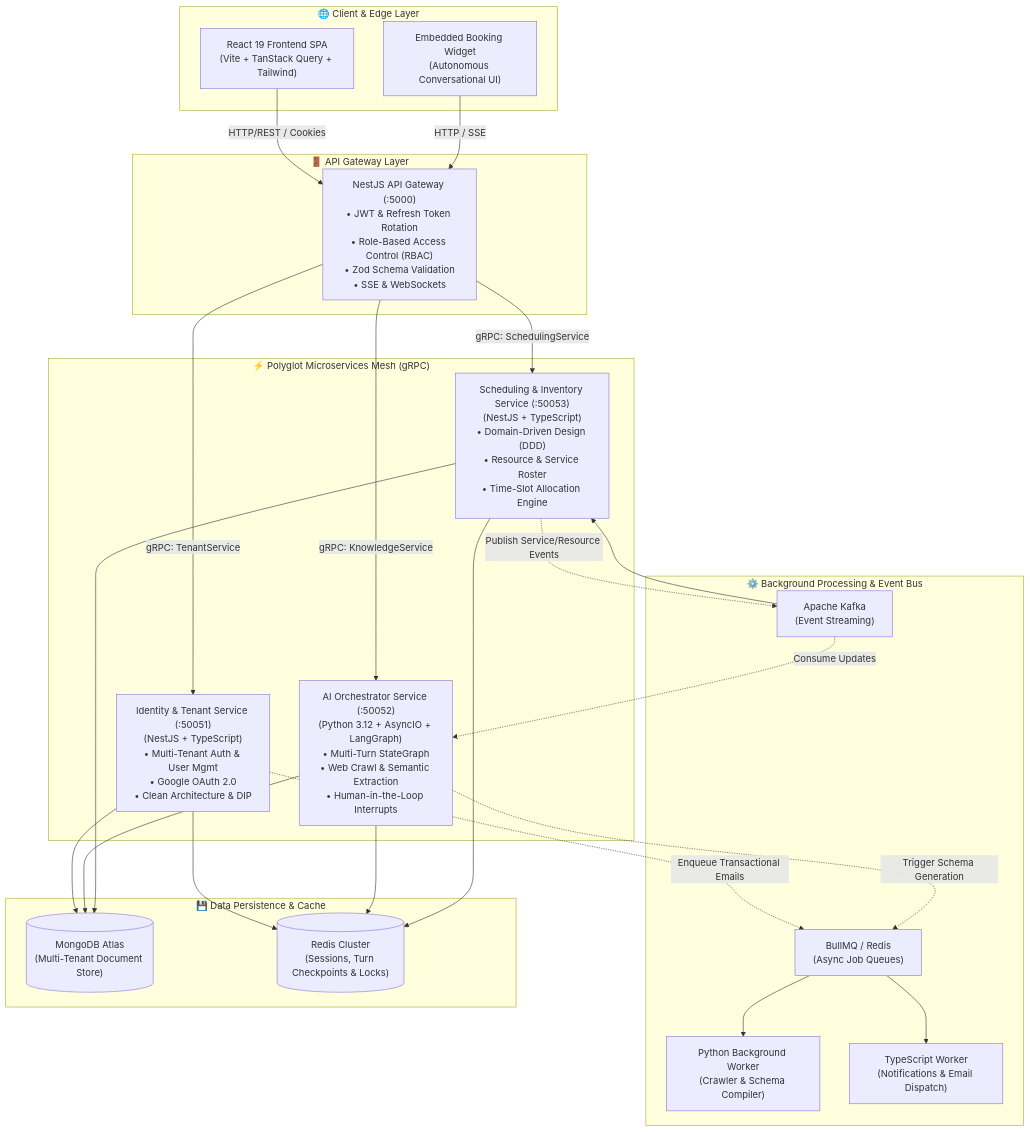
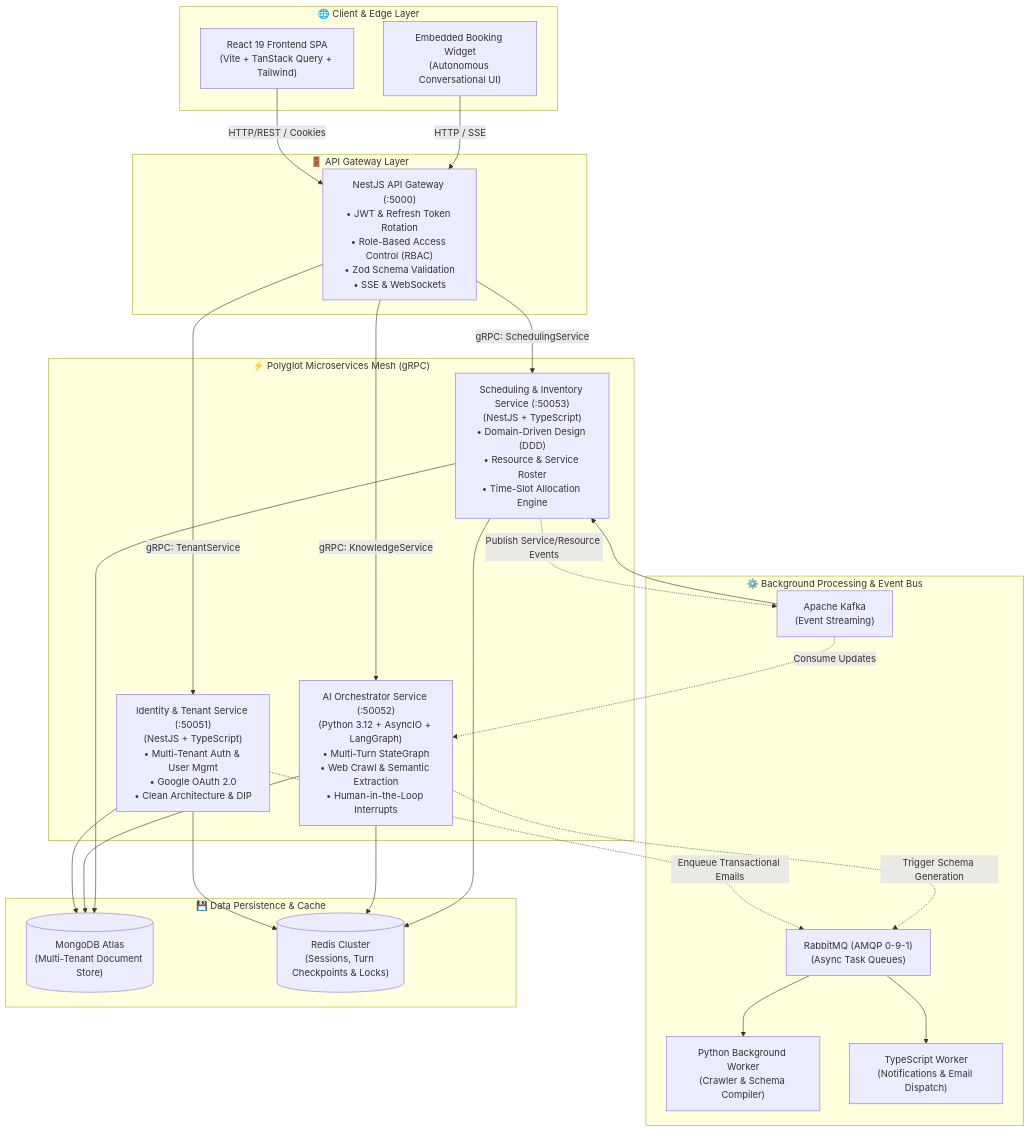
One commit to cjmatrix/Schedulux changed the first of 2 diagrams in README.md. Above: the diagram before and after it, drawn with Mermaid. The commit also changed other lines of this file and 277 other files, not shown here.

````diff
--- a/README.md
+++ b/README.md
@@ -55,59 +55,59 @@
 ```mermaid
 flowchart TB
     subgraph ClientLayer["🌐 Client & Edge Layer"]
         WebClient["React 19 Frontend SPA\n(Vite + TanStack Query + Tailwind)"]
         PublicWidget["Embedded Booking Widget\n(Autonomous Conversational UI)"]
     end
 
     subgraph GatewayLayer["🚪 API Gateway Layer"]
         APIGateway["NestJS API Gateway (:5000)\n• JWT & Refresh Token Rotation\n• Role-Based Access Control (RBAC)\n• Zod Schema Validation\n• SSE & WebSockets"]
     end
 
     subgraph ServiceMesh["⚡ Polyglot Microservices Mesh (gRPC)"]
         IdentityService["Identity & Tenant Service (:50051)\n(NestJS + TypeScript)\n• Multi-Tenant Auth & User Mgmt\n• Google OAuth 2.0\n• Clean Architecture & DIP"]
         
         AIOrchestrator["AI Orchestrator Service (:50052)\n(Python 3.12 + AsyncIO + LangGraph)\n• Multi-Turn StateGraph\n• Web Crawl & Semantic Extraction\n• Human-in-the-Loop Interrupts"]
 
         SchedulingService["Scheduling & Inventory Service (:50053)\n(NestJS + TypeScript)\n• Domain-Driven Design (DDD)\n• Resource & Service Roster\n• Time-Slot Allocation Engine"]
     end
 
     subgraph WorkersLayer["⚙️ Background Processing & Event Bus"]
         KafkaBus["Apache Kafka\n(Event Streaming)"]
-        BullMQueue["BullMQ / Redis\n(Async Job Queues)"]
+        RabbitQueue["RabbitMQ (AMQP 0-9-1)\n(Async Task Queues)"]
         PyWorker["Python Background Worker\n(Crawler & Schema Compiler)"]
         TsWorker["TypeScript Worker\n(Notifications & Email Dispatch)"]
     end
 
     subgraph DataStorage["💾 Data Persistence & Cache"]
         MongoPrimary[("MongoDB Atlas\n(Multi-Tenant Document Store)")]
         RedisCache[("Redis Cluster\n(Sessions, Turn Checkpoints & Locks)")]
     end
 
     %% Client to Gateway
     WebClient -->|HTTP/REST / Cookies| APIGateway
     PublicWidget -->|HTTP / SSE| APIGateway
 
     %% Gateway to Microservices via gRPC
     APIGateway -->|gRPC: TenantService| IdentityService
     APIGateway -->|gRPC: KnowledgeService| AIOrchestrator
     APIGateway -->|gRPC: SchedulingService| SchedulingService
 
     %% Microservices to Event Bus
     SchedulingService -.->|Publish Service/Resource Events| KafkaBus
     KafkaBus -.->|Consume Updates| AIOrchestrator
-    IdentityService -.->|Enqueue Transactional Emails| BullMQueue
-    AIOrchestrator -.->|Trigger Schema Generation| BullMQueue
+    IdentityService -.->|Enqueue Transactional Emails| RabbitQueue
+    AIOrchestrator -.->|Trigger Schema Generation| RabbitQueue
 
     %% Workers
-    BullMQueue --> PyWorker
-    BullMQueue --> TsWorker
+    RabbitQueue --> PyWorker
+    RabbitQueue --> TsWorker
     KafkaBus --> SchedulingService
 
     %% Persistence
     IdentityService --> MongoPrimary
     IdentityService --> RedisCache
     AIOrchestrator --> MongoPrimary
     AIOrchestrator --> RedisCache
     SchedulingService --> MongoPrimary
     SchedulingService --> RedisCache
 ```
````
